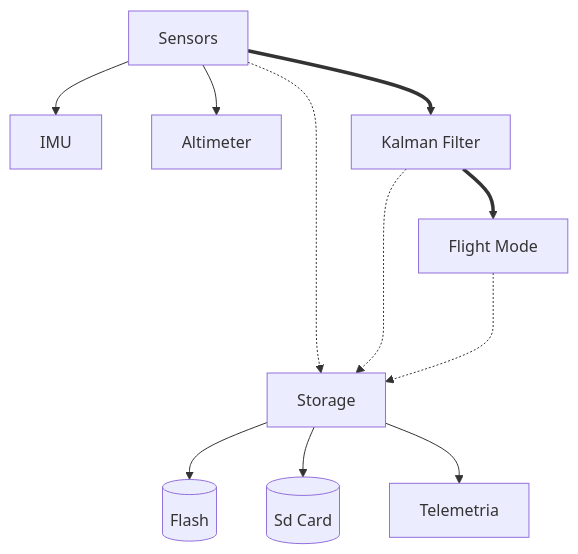
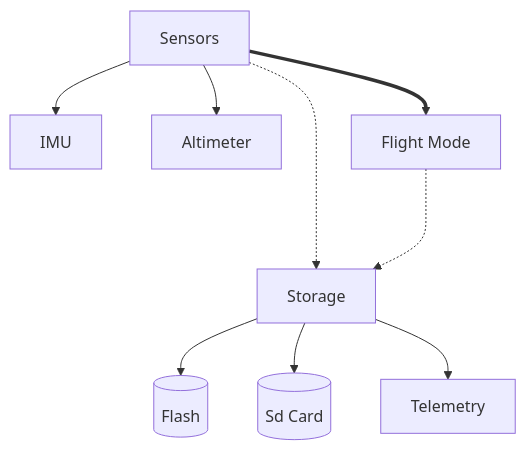
Before and after one commit to PedromcaMartins/Model-Rocket-Flight-Computer: the diagram in docs/architecture.mmd, drawn with Mermaid. The commit also changed 1 other file, not shown here.

Commit message:
fix: Removed Kalman Filter as initial flight compter

```diff
--- a/docs/architecture.mmd
+++ b/docs/architecture.mmd
@@ -1,18 +1,18 @@
 flowchart TD
     A[Storage]
     A --> B[(Flash)]
     A --> C[(Sd Card)]
-    A --> H[Telemetria]
+    A --> H[Telemetry]
 
     D[Sensors]
     D --> E[IMU]
     D --> F[Altimeter]
-    D ==> I
+    D ==> G
     D -..-> A
 
-    I[Kalman Filter]
-    I ==> G
-    I -..-> A
+    %% I[Kalman Filter]
+    %% I ==> G
+    %% I -..-> A
 
     G[Flight Mode]
     G -..->A
```
